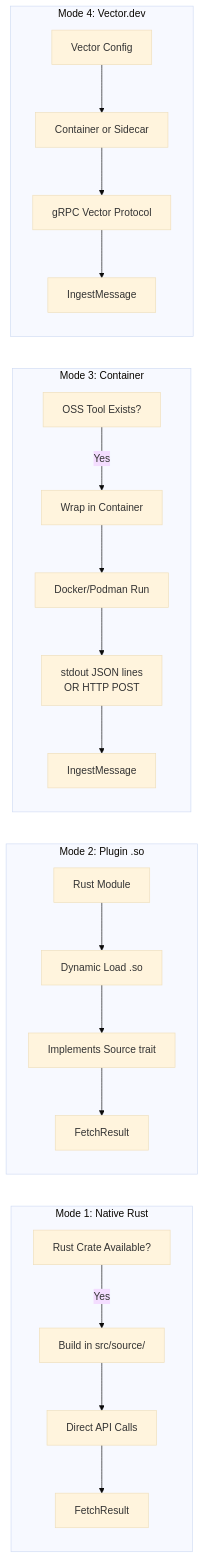
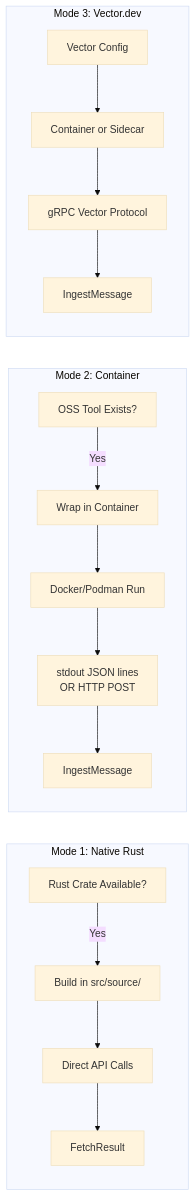
Before and after one commit to hyperi-io/dfe-fetcher: the second of 8 diagrams in docs/DESIGN.md, drawn with Mermaid (base theme). The commit also changed other lines of this file and 3 other files, not shown here.

Commit message:
docs: update architecture, config examples, and TODO for hardening

````diff
--- a/docs/DESIGN.md
+++ b/docs/DESIGN.md
@@ -88,27 +83,21 @@
 ```mermaid
 graph LR
     subgraph "Mode 1: Native Rust"
         A1[Rust Crate Available?] -->|Yes| A2[Build in src/source/]
         A2 --> A3[Direct API Calls]
         A3 --> A4[FetchResult]
     end
 
-    subgraph "Mode 2: Plugin .so"
-        B1[Rust Module] --> B2[Dynamic Load .so]
-        B2 --> B3[Implements Source trait]
-        B3 --> B4[FetchResult]
-    end
-
-    subgraph "Mode 3: Container"
+    subgraph "Mode 2: Container"
         C1[OSS Tool Exists?] -->|Yes| C2[Wrap in Container]
         C2 --> C3[Docker/Podman Run]
         C3 --> C4[stdout JSON lines<br>OR HTTP POST]
         C4 --> C5[IngestMessage]
     end
 
-    subgraph "Mode 4: Vector.dev"
+    subgraph "Mode 3: Vector.dev"
         D1[Vector Config] --> D2[Container or Sidecar]
         D2 --> D3[gRPC Vector Protocol]
         D3 --> D4[IngestMessage]
     end
 ```
````
